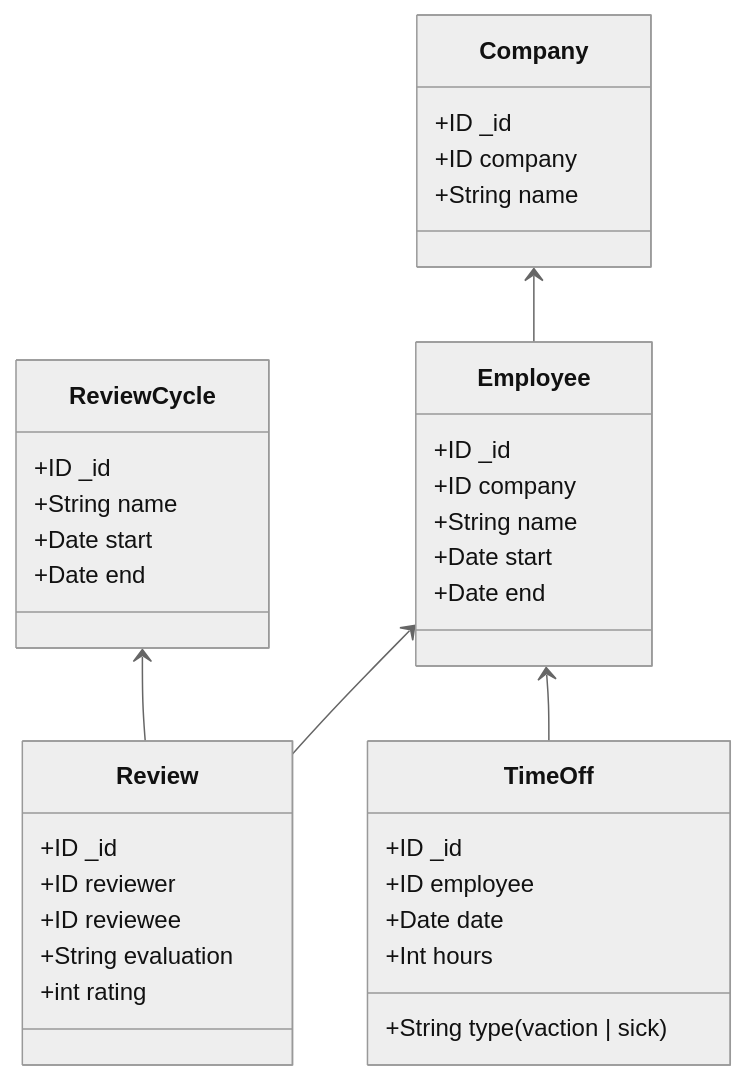
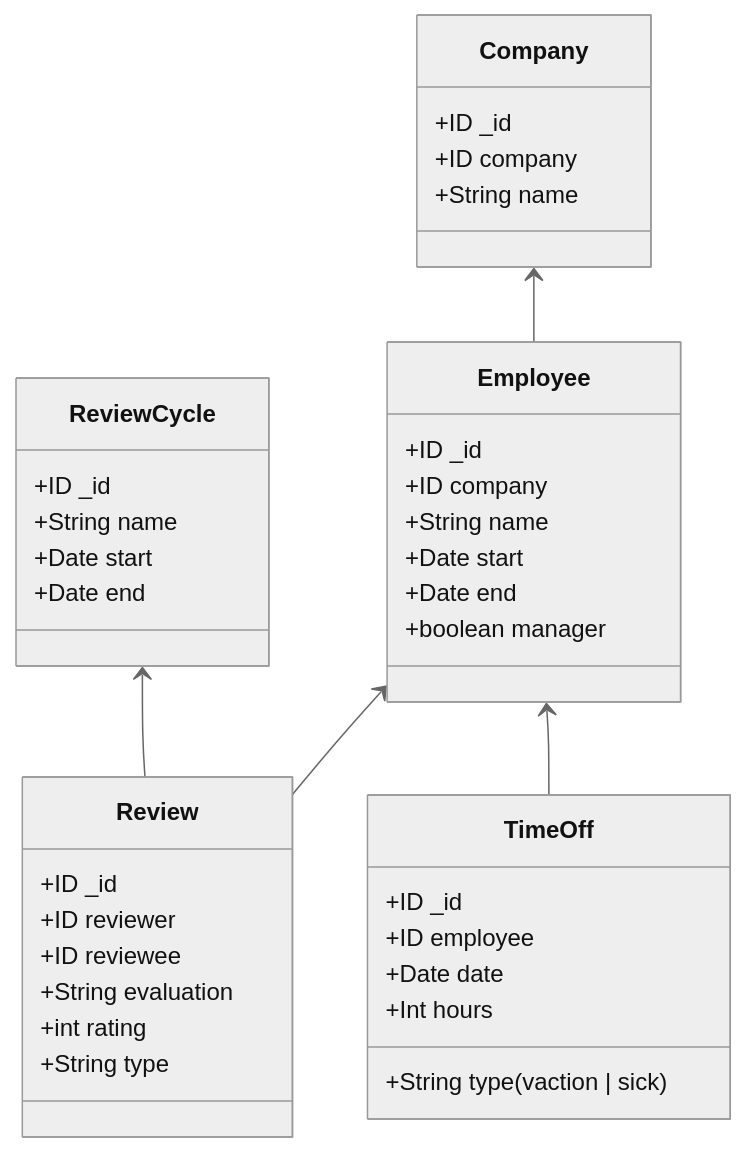
Before and after one commit to adamjberg/work: the diagram in README.md, drawn with Mermaid (neutral theme). The commit also changed 3 other files, not shown here.

Commit message:
Add review type and employee manager prop

````diff
--- a/README.md
+++ b/README.md
@@ -7,39 +7,41 @@
 ```mermaid
 classDiagram
     class Company
       Company : +ID _id
       Company : +ID company
       Company : +String name
 
     class Employee
       Employee : +ID _id
       Employee : +ID company
       Employee : +String name
       Employee : +Date start
       Employee : +Date end
+      Employee : +boolean manager
 
     class TimeOff
       TimeOff : +ID _id
       TimeOff : +ID employee
       TimeOff : +Date date
       TimeOff : +Int hours
       TimeOff : +String type (vaction | sick)
 
     class Review
       Review : +ID _id
       Review : +ID reviewer
       Review : +ID reviewee
       Review : +String evaluation
       Review : +int rating
+      Review : +String type
     
     class ReviewCycle
       ReviewCycle : +ID _id
       ReviewCycle : +String name
       ReviewCycle : +Date start
       ReviewCycle : +Date end
 
     Company <-- Employee
     ReviewCycle <-- Review
     Employee <-- Review
     Employee <-- TimeOff
 ```
````
